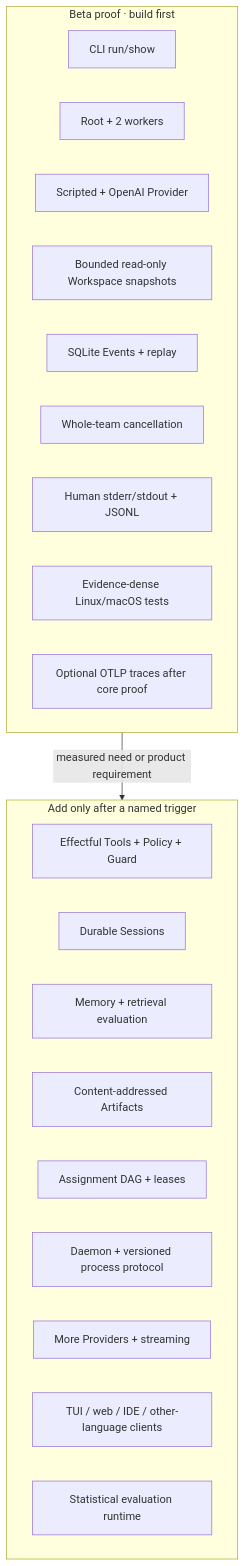
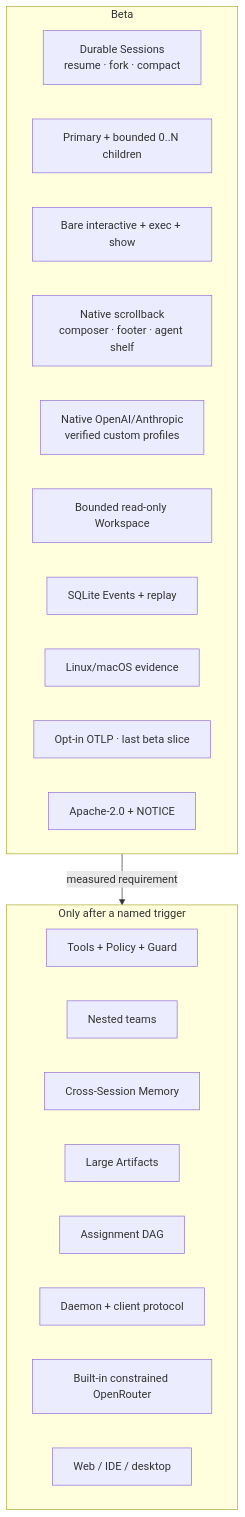
Before and after one commit to fpmirabile/arany: the second of 8 diagrams in docs/architecture/arany-conceptual-overview.md, drawn with Mermaid. The commit also changed other lines of this file and 31 other files, not shown here.

Commit message:
More research + decisions + license apache

````diff
--- a/docs/architecture/arany-conceptual-overview.md
+++ b/docs/architecture/arany-conceptual-overview.md
@@ -59,28 +61,28 @@
 ```mermaid
 flowchart TB
-    subgraph Beta[Beta proof · build first]
-        CLI[CLI run/show]
-        FixedTeam[Root + 2 workers]
-        Provider[Scripted + OpenAI Provider]
-        Inputs[Bounded read-only Workspace snapshots]
+    subgraph Beta[Beta]
+        Sessions[Durable Sessions<br/>resume · fork · compact]
+        Teams[Primary + bounded 0..N children]
+        CLI[Bare interactive + exec + show]
+        Terminal[Native scrollback<br/>composer · footer · agent shelf]
+        Providers[Native OpenAI/Anthropic<br/>verified custom profiles]
+        Inputs[Bounded read-only Workspace]
         Journal[SQLite Events + replay]
-        Cancel[Whole-team cancellation]
-        Output[Human stderr/stdout + JSONL]
-        Tests[Evidence-dense Linux/macOS tests]
-        OTLP[Optional OTLP traces after core proof]
+        Tests[Linux/macOS evidence]
+        OTLP[Opt-in OTLP · last beta slice]
+        License[Apache-2.0 + NOTICE]
     end
 
-    subgraph Triggered[Add only after a named trigger]
-        Tools[Effectful Tools + Policy + Guard]
-        Sessions[Durable Sessions]
-        Memory[Memory + retrieval evaluation]
-        Artifacts[Content-addressed Artifacts]
-        DAG[Assignment DAG + leases]
-        Daemon[Daemon + versioned process protocol]
-        Providers[More Providers + streaming]
-        Clients[TUI / web / IDE / other-language clients]
-        Evals[Statistical evaluation runtime]
+    subgraph Triggered[Only after a named trigger]
+        Tools[Tools + Policy + Guard]
+        Nested[Nested teams]
+        Memory[Cross-Session Memory]
+        Artifacts[Large Artifacts]
+        DAG[Assignment DAG]
+        Daemon[Daemon + client protocol]
+        OpenRouter[Built-in constrained OpenRouter]
+        Clients[Web / IDE / desktop]
     end
 
-    Beta -->|measured need or product requirement| Triggered
+    Beta -->|measured requirement| Triggered
 ```
````
